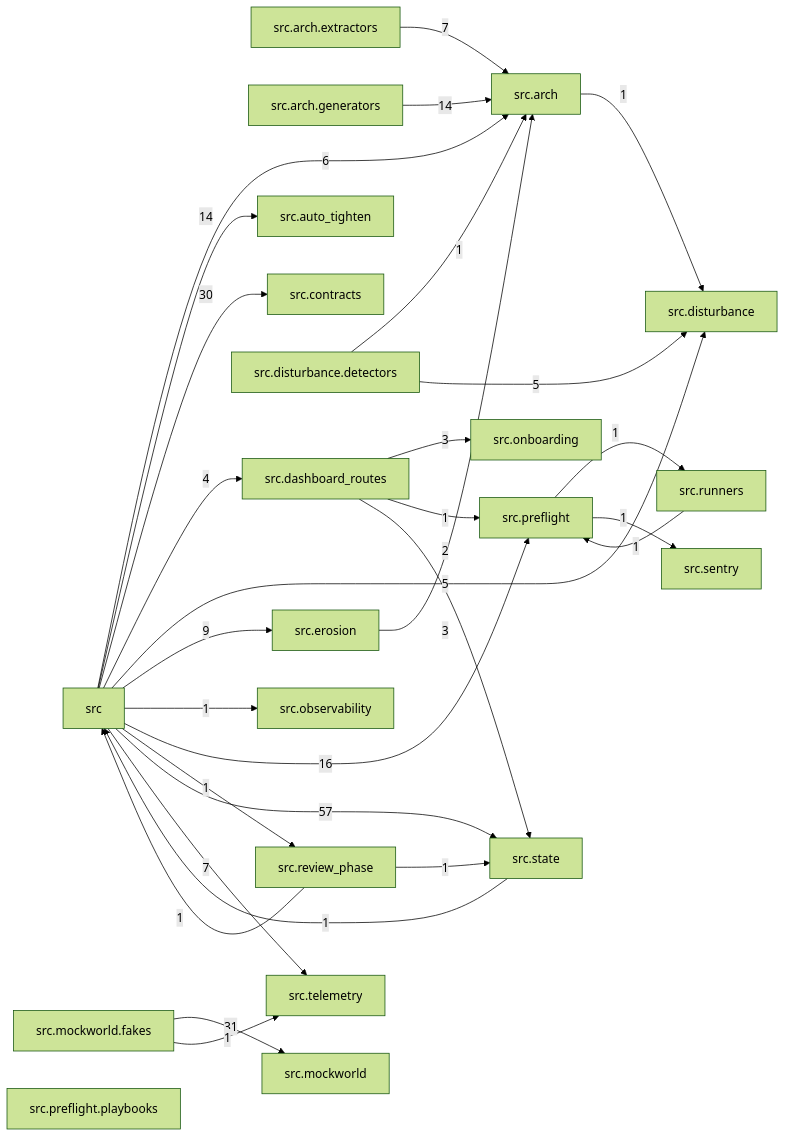
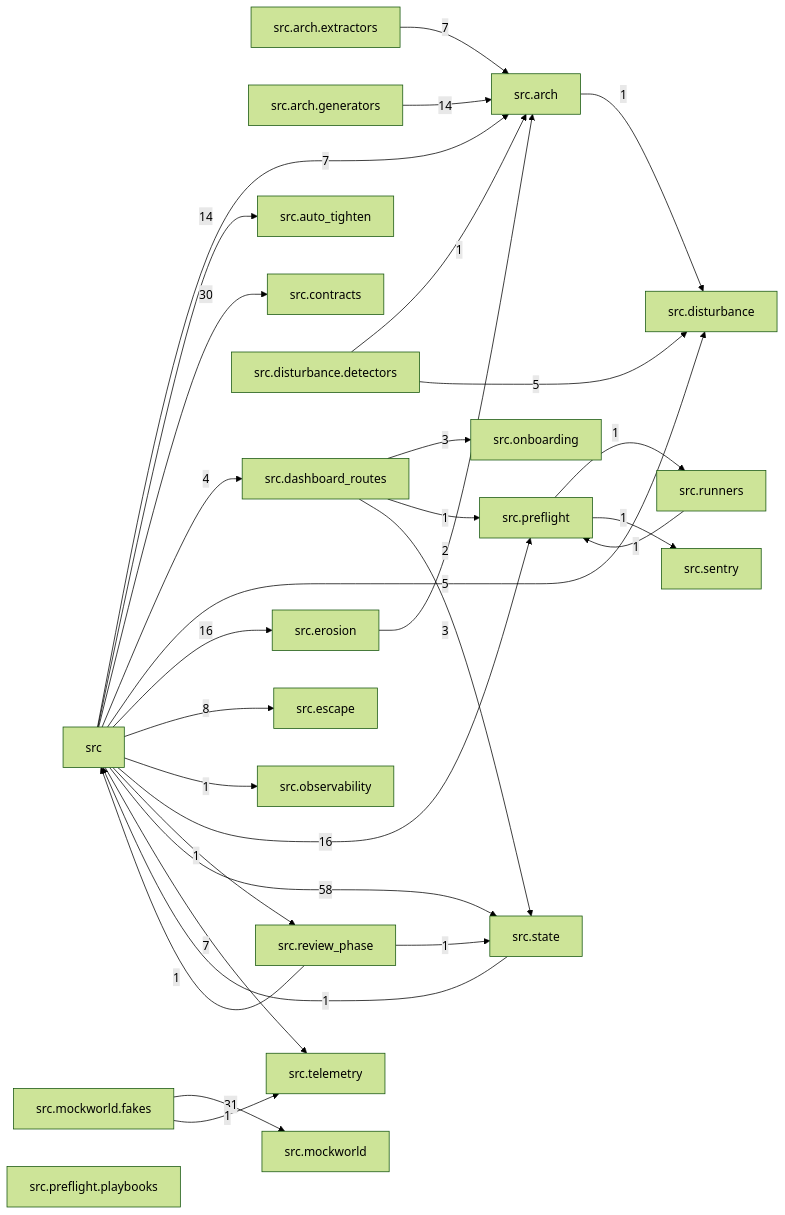
Before and after one commit to T-rav/hydraflow: the diagram in docs/arch/generated/modules.md, drawn with Mermaid (forest theme). The commit also changed 38 other files, not shown here.

First line of the commit message:
feat(instruments): escape ledger + erosion trend surfaces (#10367) (#10375)

````diff
--- a/docs/arch/generated/modules.md
+++ b/docs/arch/generated/modules.md
@@ -7,52 +7,54 @@
 ```mermaid
 graph LR
     src["src"]
     src_arch["src.arch"]
     src_arch_extractors["src.arch.extractors"]
     src_arch_generators["src.arch.generators"]
     src_auto_tighten["src.auto_tighten"]
     src_contracts["src.contracts"]
     src_dashboard_routes["src.dashboard_routes"]
     src_disturbance["src.disturbance"]
     src_disturbance_detectors["src.disturbance.detectors"]
     src_erosion["src.erosion"]
+    src_escape["src.escape"]
     src_mockworld["src.mockworld"]
     src_mockworld_fakes["src.mockworld.fakes"]
     src_observability["src.observability"]
     src_onboarding["src.onboarding"]
     src_preflight["src.preflight"]
     src_preflight_playbooks["src.preflight.playbooks"]
     src_review_phase["src.review_phase"]
     src_runners["src.runners"]
     src_sentry["src.sentry"]
     src_state["src.state"]
     src_telemetry["src.telemetry"]
-    src -- "6" --> src_arch
+    src -- "7" --> src_arch
     src -- "14" --> src_auto_tighten
     src -- "30" --> src_contracts
     src -- "4" --> src_dashboard_routes
     src -- "5" --> src_disturbance
-    src -- "9" --> src_erosion
+    src -- "16" --> src_erosion
+    src -- "8" --> src_escape
     src -- "1" --> src_observability
     src -- "16" --> src_preflight
     src -- "1" --> src_review_phase
-    src -- "57" --> src_state
+    src -- "58" --> src_state
     src -- "7" --> src_telemetry
     src_arch -- "1" --> src_disturbance
     src_arch_extractors -- "7" --> src_arch
     src_arch_generators -- "14" --> src_arch
     src_dashboard_routes -- "3" --> src_onboarding
     src_dashboard_routes -- "1" --> src_preflight
     src_dashboard_routes -- "2" --> src_state
     src_disturbance_detectors -- "1" --> src_arch
     src_disturbance_detectors -- "5" --> src_disturbance
     src_erosion -- "3" --> src_arch
     src_mockworld_fakes -- "31" --> src_mockworld
     src_mockworld_fakes -- "1" --> src_telemetry
     src_preflight -- "1" --> src_runners
     src_preflight -- "1" --> src_sentry
     src_review_phase -- "1" --> src
     src_review_phase -- "1" --> src_state
     src_runners -- "1" --> src_preflight
     src_state -- "1" --> src
 ```
````
